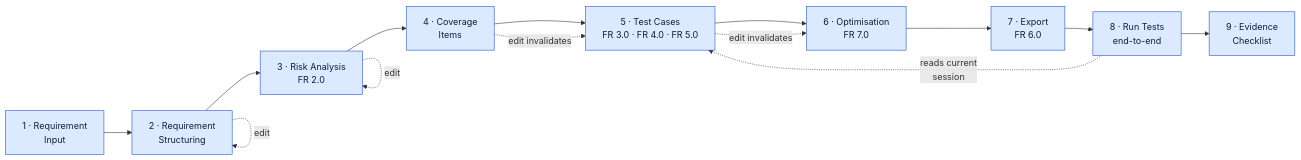
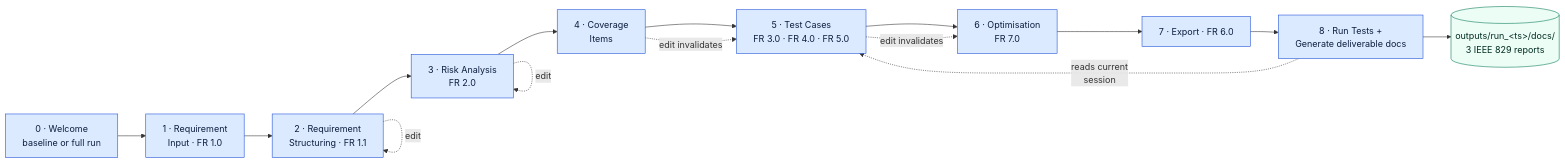
One commit to BeholderABC/Software-Testing-Final changed the third of 6 diagrams in docs/architecture.md. Above: the diagram before and after it, drawn with Mermaid. The commit also changed other lines of this file and 15 other files, not shown here.

````diff
--- a/docs/architecture.md
+++ b/docs/architecture.md
@@ -153,25 +172,28 @@
 ```mermaid
 flowchart LR
     classDef step fill:#dbeafe,stroke:#1d4ed8,color:#0c1e3f
     classDef sink fill:#ecfdf5,stroke:#047857,color:#022c22
 
-    s1["1 · Requirement<br/>Input"]
-    s2["2 · Requirement<br/>Structuring"]
+    s0["0 · Welcome<br/>baseline or full run"]
+    s1["1 · Requirement<br/>Input · FR 1.0"]
+    s2["2 · Requirement<br/>Structuring · FR 1.1"]
     s3["3 · Risk Analysis<br/>FR 2.0"]
     s4["4 · Coverage<br/>Items"]
     s5["5 · Test Cases<br/>FR 3.0 · FR 4.0 · FR 5.0"]
     s6["6 · Optimisation<br/>FR 7.0"]
-    s7["7 · Export<br/>FR 6.0"]
-    s8["8 · Run Tests<br/>end-to-end"]
-    s9["9 · Evidence<br/>Checklist"]
+    s7["7 · Export · FR 6.0"]
+    s8["8 · Run Tests +<br/>Generate deliverable docs"]
+    docs[("outputs/run_&lt;ts&gt;/docs/<br/>3 IEEE 829 reports")]
 
-    s1 --> s2 --> s3 --> s4 --> s5 --> s6 --> s7 --> s8 --> s9
+    s0 --> s1 --> s2 --> s3 --> s4 --> s5 --> s6 --> s7 --> s8
+    s8 --> docs
 
     s2 -. edit .-> s2
     s3 -. edit .-> s3
     s4 -. "edit invalidates" .-> s5
     s5 -. "edit invalidates" .-> s6
     s8 -. "reads current<br/>session" .-> s5
 
-    class s1,s2,s3,s4,s5,s6,s7,s8,s9 step
+    class s0,s1,s2,s3,s4,s5,s6,s7,s8 step
+    class docs sink
 ```
````
